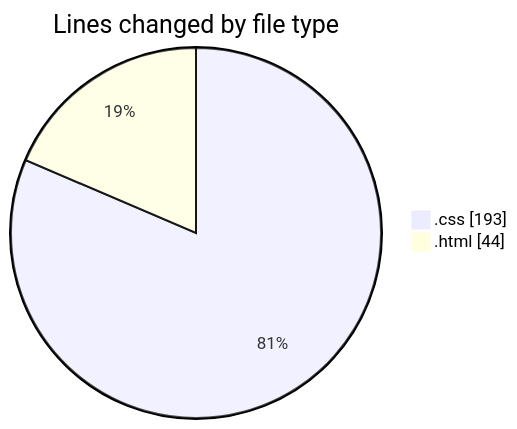
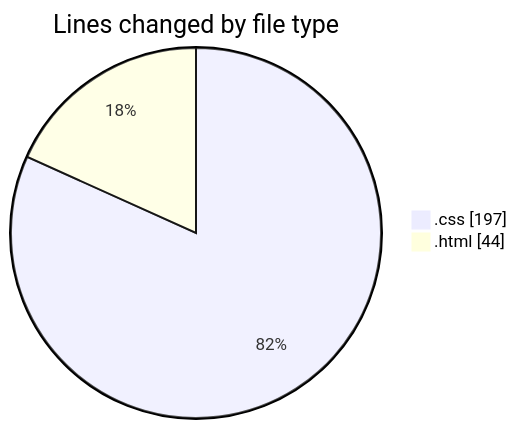
One commit to NitaiMahat/code-tracking changed the first of 2 diagrams in 2025-01-26/results-summary-component-main/README.md. Above: the diagram before and after it, drawn with Mermaid. The commit also changed other lines of this file and 1 other file, not shown here.

````diff
--- a/2025-01-26/results-summary-component-main/README.md
+++ b/2025-01-26/results-summary-component-main/README.md
@@ -21,6 +21,6 @@
 ```mermaid
 pie showData
 title Lines changed by file type
-".css" : 193
+".css" : 197
 ".html" : 44
 ```
````
